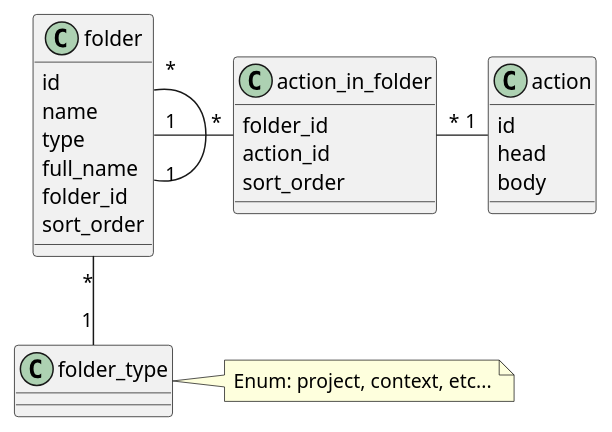
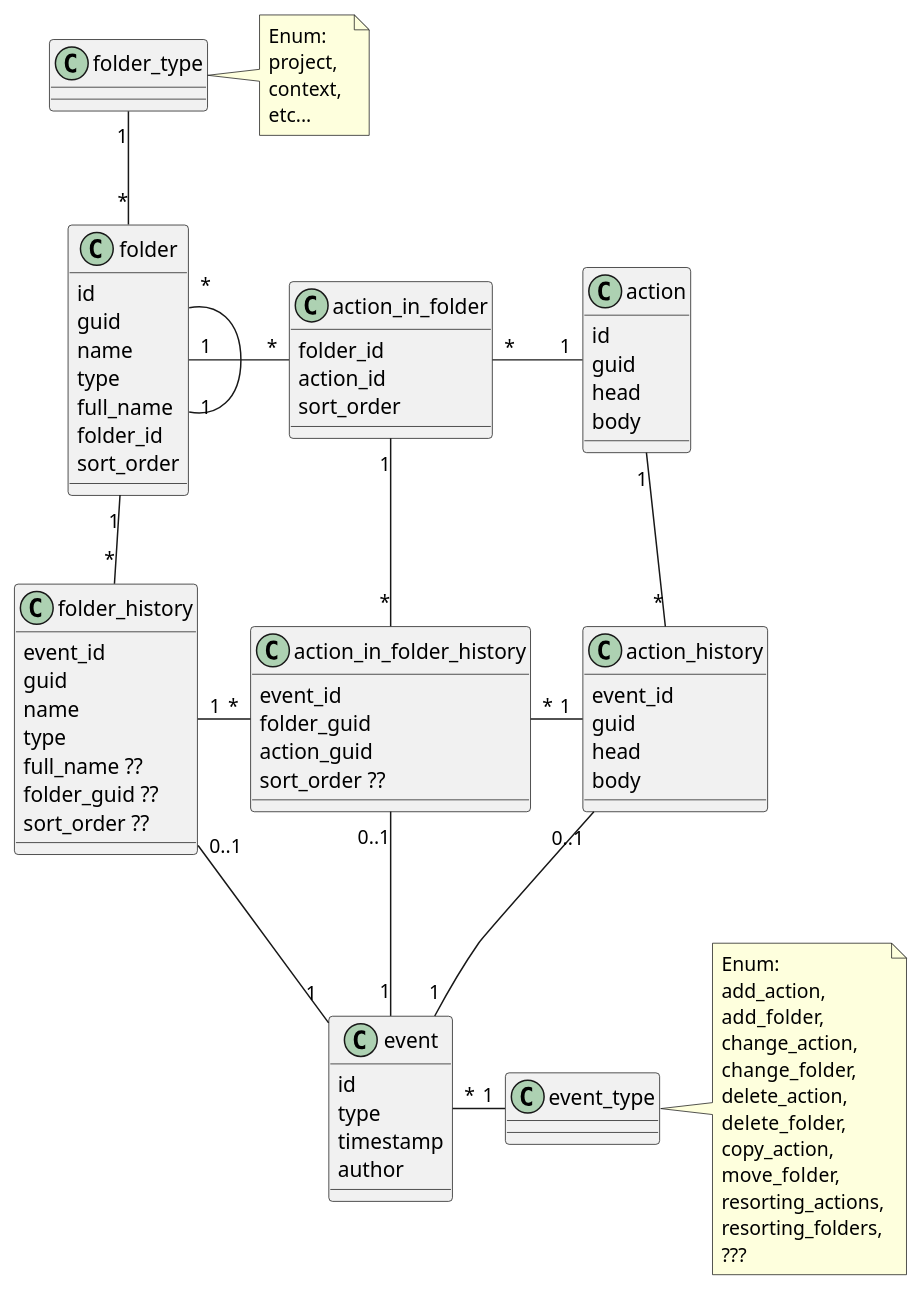
Before and after one commit to gelin/agile-notes: the diagram in docs/data-model.iuml, drawn with PlantUML.

Commit message:
Thinking about synchronization and history.

```diff
--- a/docs/data-model.iuml
+++ b/docs/data-model.iuml
@@ -1,33 +1,98 @@
 @startuml
 
 class folder {
     id
+    guid
     name
     type
     full_name
     folder_id
     sort_order
 }
 
 class action {
     id
+    guid
     head
     body
 }
 
 class action_in_folder {
     folder_id
     action_id
     sort_order
 }
 
 class folder_type {
 }
-note right of folder_type : Enum: project, context, etc...
+note right of folder_type
+Enum: 
+project, 
+context, 
+etc...
+end note
 
 folder "1" -r- "*" action_in_folder
 action "1" -l- "*" action_in_folder
 folder "1" -l- "*" folder
-folder_type "1" -u- "*" folder
+folder "*" -u- "1" folder_type
+
+class event {
+    id
+    type
+    timestamp
+    author
+}
+
+class event_type {
+}
+note right of event_type
+Enum: 
+add_action, 
+add_folder, 
+change_action, 
+change_folder,
+delete_action,
+delete_folder,
+copy_action,
+move_folder,
+resorting_actions,
+resorting_folders,
+???
+end note
+
+class folder_history {
+    event_id
+    guid
+    name
+    type
+    full_name ??
+    folder_guid ??
+    sort_order ??
+}
+
+class action_history {
+    event_id
+    guid
+    head
+    body
+}
+
+class action_in_folder_history {
+    event_id
+    folder_guid
+    action_guid
+    sort_order ??
+}
+
+event "*" -r- "1" event_type
+folder "1" -d- "*" folder_history
+action "1" -d- "*" action_history
+action_in_folder "1" -d- "*" action_in_folder_history
+event "1" -u- "0..1" action_history
+event "1" -u- "0..1" folder_history
+event "1" -u- "0..1" action_in_folder_history
+folder_history "1" -r- "*" action_in_folder_history
+action_history "1" -l- "*" action_in_folder_history
 
 @enduml
```
